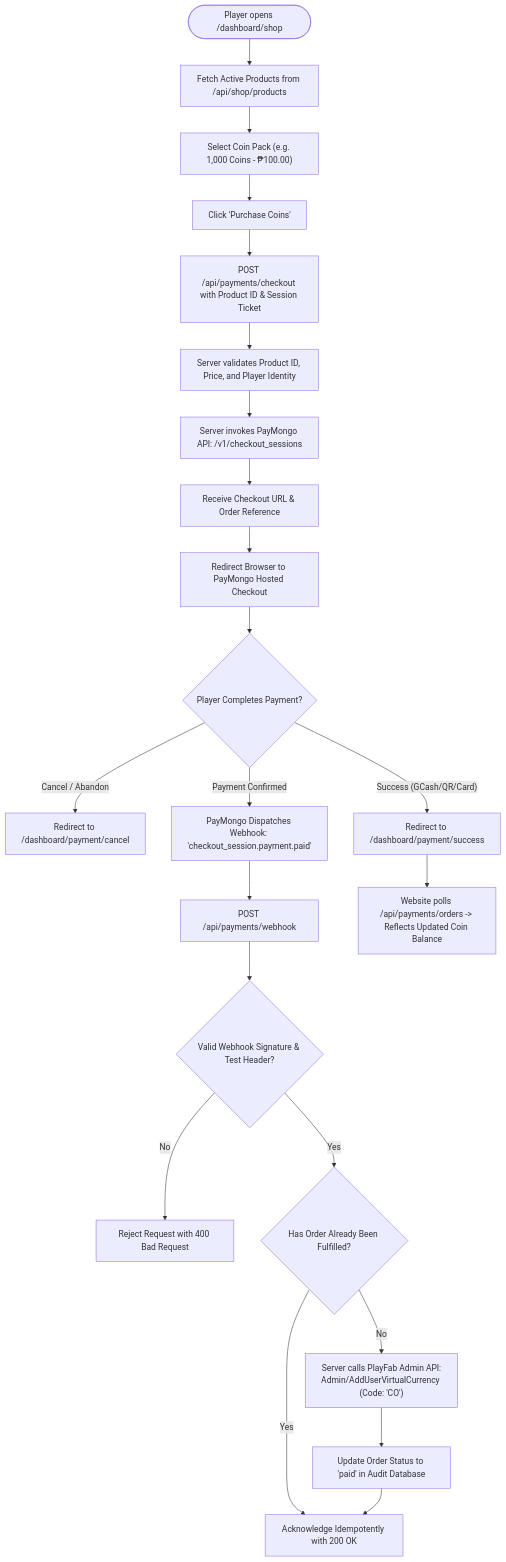
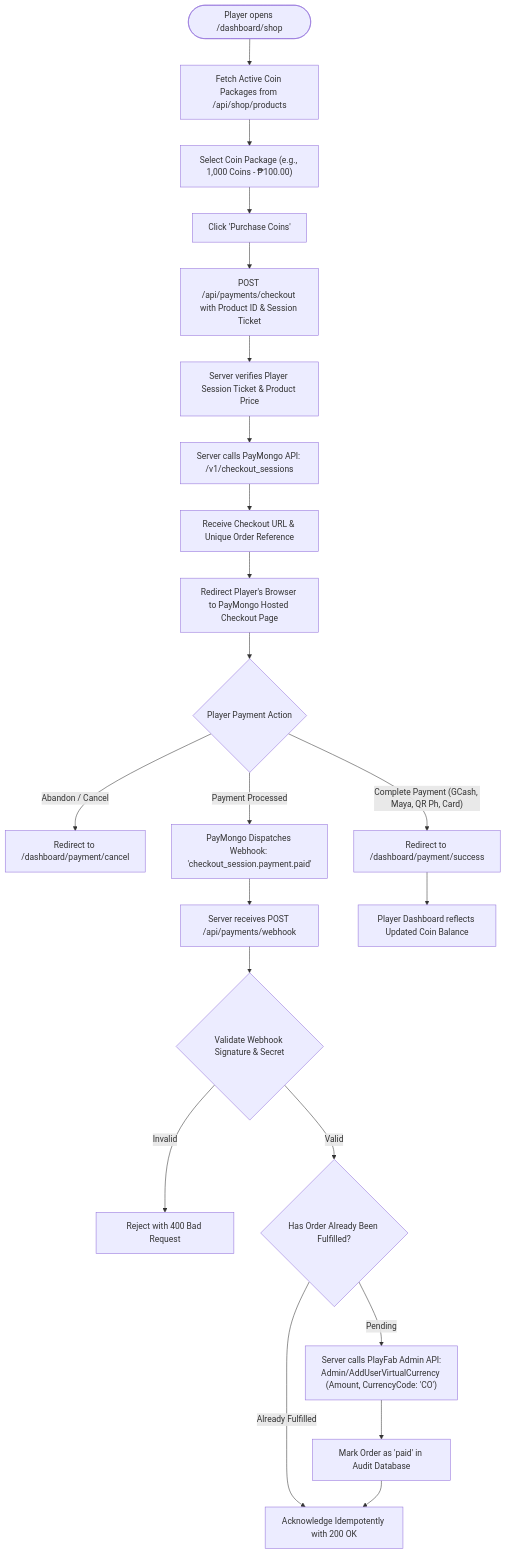
Before and after one commit to Astra1127/CivilCraft: the seventh of 9 diagrams in docs/thesis/SYSTEM_FLOWCHART.md, drawn with Mermaid. The commit also changed other lines of this file, not shown here.

Commit message:
docs: update CivilCraft website system flowchart

````diff
--- a/docs/thesis/SYSTEM_FLOWCHART.md
+++ b/docs/thesis/SYSTEM_FLOWCHART.md
@@ -268,27 +602,27 @@
 ```mermaid
 flowchart TD
-    PlayerShop(["Player opens /dashboard/shop"]) --> FetchProducts["Fetch Active Products from /api/shop/products"]
-    FetchProducts --> SelectItem["Select Coin Pack (e.g. 1,000 Coins - ₱100.00)"]
-    SelectItem --> ClickBuy["Click 'Purchase Coins'"]
+    PlayerShop(["Player opens /dashboard/shop"]) --> FetchActiveProducts["Fetch Active Coin Packages from /api/shop/products"]
+    FetchActiveProducts --> SelectCoinPack["Select Coin Package (e.g., 1,000 Coins - ₱100.00)"]
+    SelectCoinPack --> ClickCheckout["Click 'Purchase Coins'"]
 
-    ClickBuy --> PostCheckout["POST /api/payments/checkout with Product ID & Session Ticket"]
-    PostCheckout --> VerifyServer["Server validates Product ID, Price, and Player Identity"]
-    VerifyServer --> CreatePayMongo["Server invokes PayMongo API: /v1/checkout_sessions"]
-    CreatePayMongo --> RetCheckout["Receive Checkout URL & Order Reference"]
-    RetCheckout --> RedirectPayMongo["Redirect Browser to PayMongo Hosted Checkout"]
+    ClickCheckout --> PostCheckout["POST /api/payments/checkout with Product ID & Session Ticket"]
+    PostCheckout --> VerifyIdentity["Server verifies Player Session Ticket & Product Price"]
+    VerifyIdentity --> CallPayMongoAPI["Server calls PayMongo API: /v1/checkout_sessions"]
+    CallPayMongoAPI --> ReceiveCheckoutURL["Receive Checkout URL & Unique Order Reference"]
+    ReceiveCheckoutURL --> RedirectGateway["Redirect Player's Browser to PayMongo Hosted Checkout Page"]
 
-    RedirectPayMongo --> PayAction{"Player Completes Payment?"}
-    PayAction -- "Cancel / Abandon" --> ReturnCancel["Redirect to /dashboard/payment/cancel"]
-    PayAction -- "Success (GCash/QR/Card)" --> ReturnSuccess["Redirect to /dashboard/payment/success"]
+    RedirectGateway --> PaymentChoice{"Player Payment Action"}
+    PaymentChoice -- "Abandon / Cancel" --> ReturnCancel["Redirect to /dashboard/payment/cancel"]
+    PaymentChoice -- "Complete Payment (GCash, Maya, QR Ph, Card)" --> ReturnSuccess["Redirect to /dashboard/payment/success"]
 
-    PayAction -- "Payment Confirmed" --> WebhookDispatch["PayMongo Dispatches Webhook: 'checkout_session.payment.paid'"]
-    WebhookDispatch --> ServerWebhook["POST /api/payments/webhook"]
-    ServerWebhook --> VerifySignature{"Valid Webhook Signature & Test Header?"}
-    VerifySignature -- "No" --> Reject400["Reject Request with 400 Bad Request"]
-    VerifySignature -- "Yes" --> CheckDuplicate{"Has Order Already Been Fulfilled?"}
-    CheckDuplicate -- "Yes" --> Ack200["Acknowledge Idempotently with 200 OK"]
-    CheckDuplicate -- "No" --> CreditPlayFab["Server calls PlayFab Admin API:<br/>Admin/AddUserVirtualCurrency (Code: 'CO')"]
-    CreditPlayFab --> LogOrder["Update Order Status to 'paid' in Audit Database"]
-    LogOrder --> Ack200
-    ReturnSuccess --> PollStatus["Website polls /api/payments/orders -> Reflects Updated Coin Balance"]
+    PaymentChoice -- "Payment Processed" --> WebhookDispatch["PayMongo Dispatches Webhook: 'checkout_session.payment.paid'"]
+    WebhookDispatch --> ReceiveWebhook["Server receives POST /api/payments/webhook"]
+    ReceiveWebhook --> VerifySignature{"Validate Webhook Signature & Secret"}
+    VerifySignature -- "Invalid" --> RejectWebhook["Reject with 400 Bad Request"]
+    VerifySignature -- "Valid" --> CheckFulfillment{"Has Order Already Been Fulfilled?"}
+    CheckFulfillment -- "Already Fulfilled" --> AckWebhook["Acknowledge Idempotently with 200 OK"]
+    CheckFulfillment -- "Pending" --> CreditCurrency["Server calls PlayFab Admin API:<br/>Admin/AddUserVirtualCurrency (Amount, CurrencyCode: 'CO')"]
+    CreditCurrency --> UpdateOrderStatus["Mark Order as 'paid' in Audit Database"]
+    UpdateOrderStatus --> AckWebhook
+    ReturnSuccess --> PollTransactions["Player Dashboard reflects Updated Coin Balance"]
 ```
````
